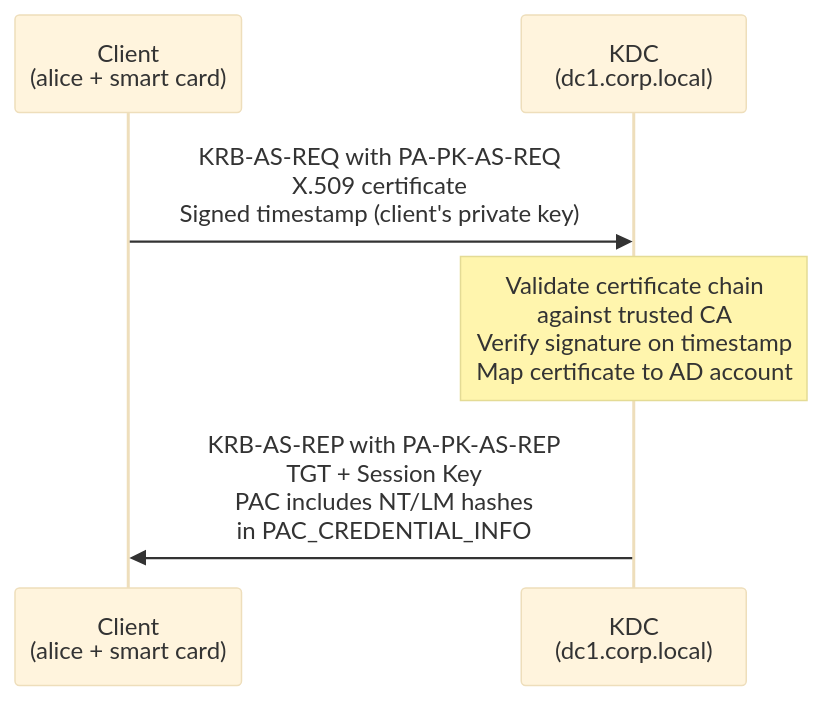
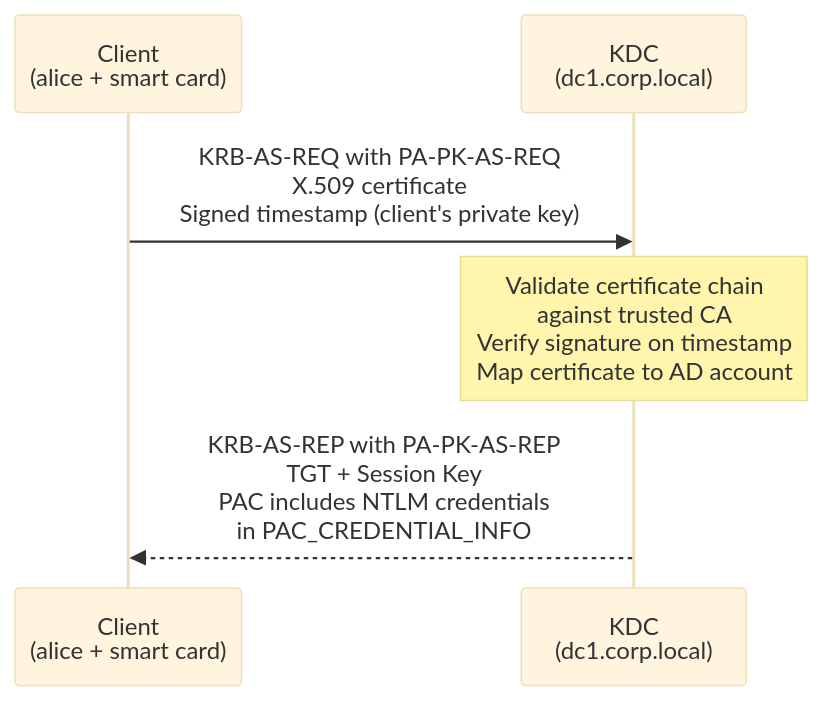
The second of 2 diagrams in content/protocol/preauth.md (StrongWind1/Kerberos), drawn with Mermaid (base theme) before and after one commit. The commit also changed other lines of this file and 117 other files, not shown here.

````diff
--- a/content/protocol/preauth.md
+++ b/content/protocol/preauth.md
@@ -206,10 +234,10 @@
 ```mermaid
 sequenceDiagram
     participant C as Client<br/>(alice + smart card)
     participant K as KDC<br/>(dc1.corp.local)
 
     C->>K: KRB-AS-REQ with PA-PK-AS-REQ<br/>X.509 certificate<br/>Signed timestamp (client's private key)
     Note over K: Validate certificate chain<br/>against trusted CA<br/>Verify signature on timestamp<br/>Map certificate to AD account
 
-    K->>C: KRB-AS-REP with PA-PK-AS-REP<br/>TGT + Session Key<br/>PAC includes NT/LM hashes<br/>in PAC_CREDENTIAL_INFO
+    K-->>C: KRB-AS-REP with PA-PK-AS-REP<br/>TGT + Session Key<br/>PAC includes NTLM credentials<br/>in PAC_CREDENTIAL_INFO
 ```
````
